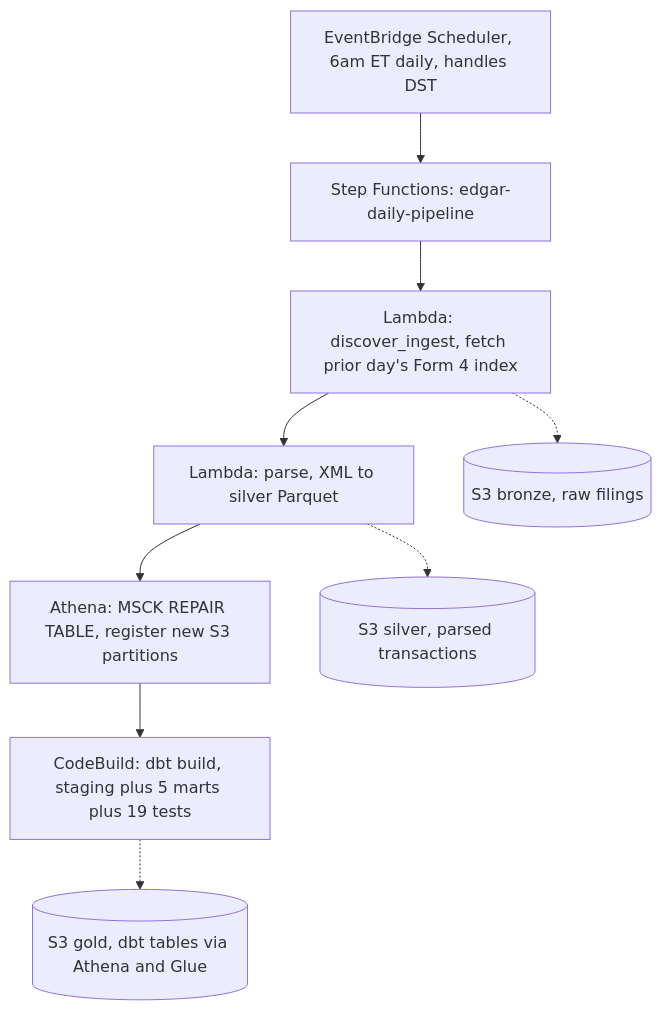
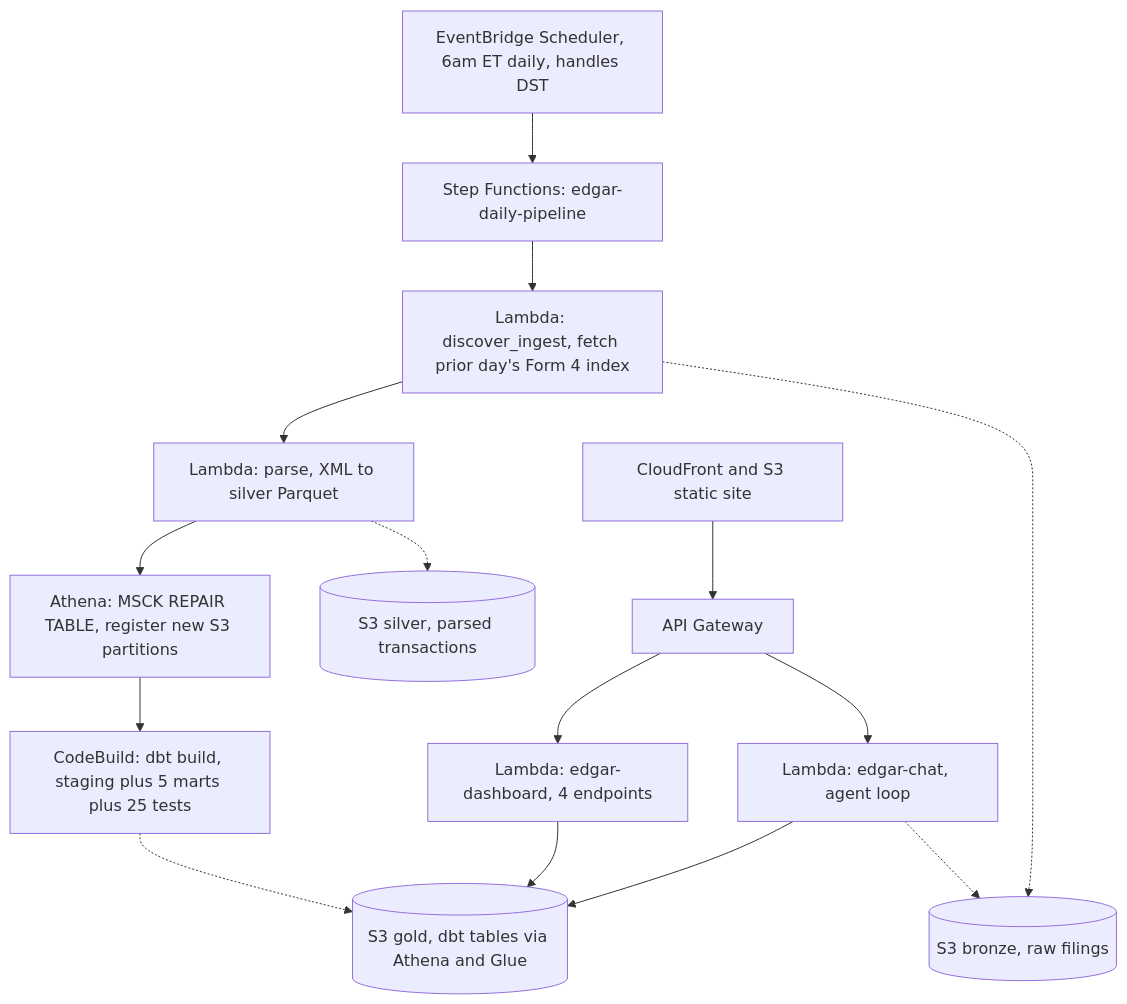
One commit to Srimurari14/edgar-insider-pipeline changed the diagram in README.md. Above: the diagram before and after it, drawn with Mermaid. The commit also changed other lines of this file, not shown here.

````diff
--- a/README.md
+++ b/README.md
@@ -13,11 +15,18 @@
 ```mermaid
 flowchart TD
     A[EventBridge Scheduler, 6am ET daily, handles DST] --> B[Step Functions: edgar-daily-pipeline]
     B --> C[Lambda: discover_ingest, fetch prior day's Form 4 index]
     C --> D[Lambda: parse, XML to silver Parquet]
     D --> E[Athena: MSCK REPAIR TABLE, register new S3 partitions]
-    E --> F[CodeBuild: dbt build, staging plus 5 marts plus 19 tests]
+    E --> F[CodeBuild: dbt build, staging plus 5 marts plus 25 tests]
     C -.-> S3B[(S3 bronze, raw filings)]
     D -.-> S3S[(S3 silver, parsed transactions)]
     F -.-> S3G[(S3 gold, dbt tables via Athena and Glue)]
+
+    G[CloudFront and S3 static site] --> H[API Gateway]
+    H --> I[Lambda: edgar-dashboard, 4 endpoints]
+    H --> J[Lambda: edgar-chat, agent loop]
+    I --> S3G
+    J --> S3G
+    J -.-> S3B
 ```
````
